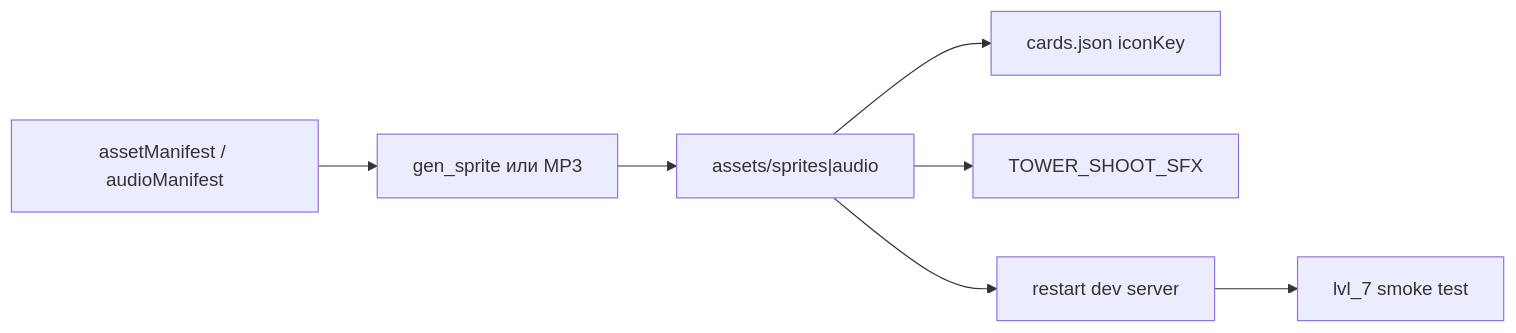
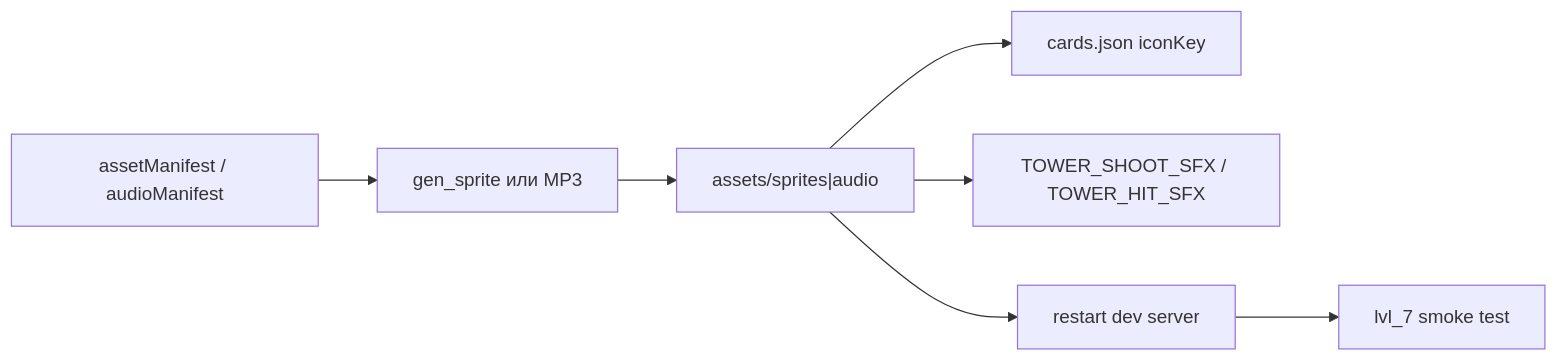
Before and after one commit to gritsenko/jam2026: the diagram in docs/done/fusion-hybrid-assets.md, drawn with Mermaid. The commit also changed other lines of this file and 6 other files, not shown here.

````diff
--- a/docs/done/fusion-hybrid-assets.md
+++ b/docs/done/fusion-hybrid-assets.md
@@ -14,9 +15,9 @@
 ```mermaid
 flowchart LR
   manifest[assetManifest / audioManifest] --> gen[gen_sprite или MP3]
   gen --> disk["assets/sprites|audio"]
   disk --> cards["cards.json iconKey"]
-  disk --> sfx["TOWER_SHOOT_SFX"]
+  disk --> sfx["TOWER_SHOOT_SFX / TOWER_HIT_SFX"]
   disk --> restart[restart dev server]
   restart --> test[lvl_7 smoke test]
 ```
````
